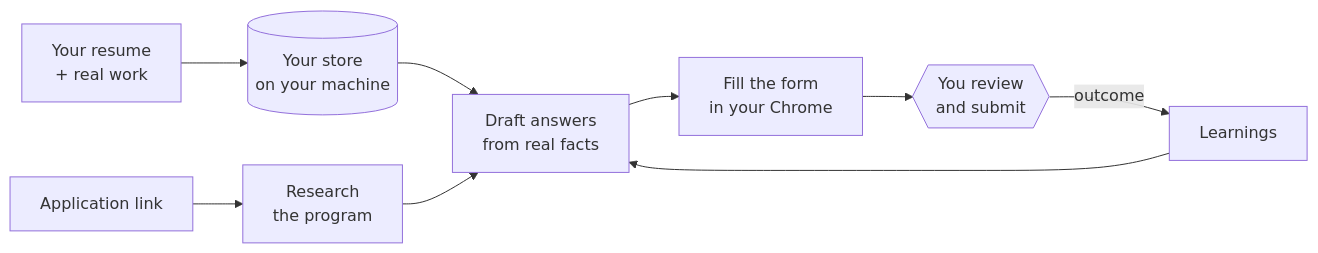
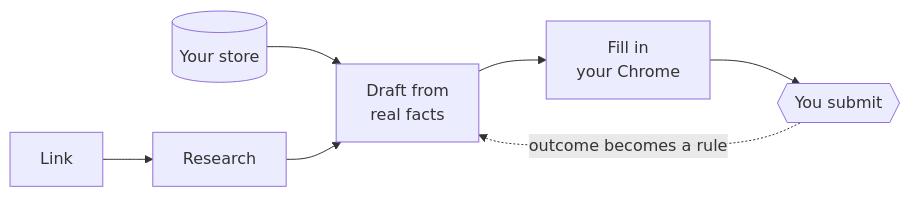
Before and after one commit to ajmerabaibhav/Form-Filler: the diagram in README.md, drawn with Mermaid.

Commit message:
README: tighter diagram

````diff
--- a/README.md
+++ b/README.md
@@ -51,11 +51,7 @@
 ```mermaid
 flowchart LR
-    A[Your resume<br/>+ real work] --> S[(Your store<br/>on your machine)]
-    L[Application link] --> R[Research<br/>the program]
-    S --> D[Draft answers<br/>from real facts]
-    R --> D
-    D --> F[Fill the form<br/>in your Chrome]
-    F --> G{{You review<br/>and submit}}
-    G -- outcome --> T[Learnings]
-    T --> D
+    S[(Your store)] --> D[Draft from<br/>real facts]
+    L[Link] --> R[Research] --> D
+    D --> F[Fill in<br/>your Chrome] --> G{{You submit}}
+    G -. outcome becomes a rule .-> D
 ```
````
